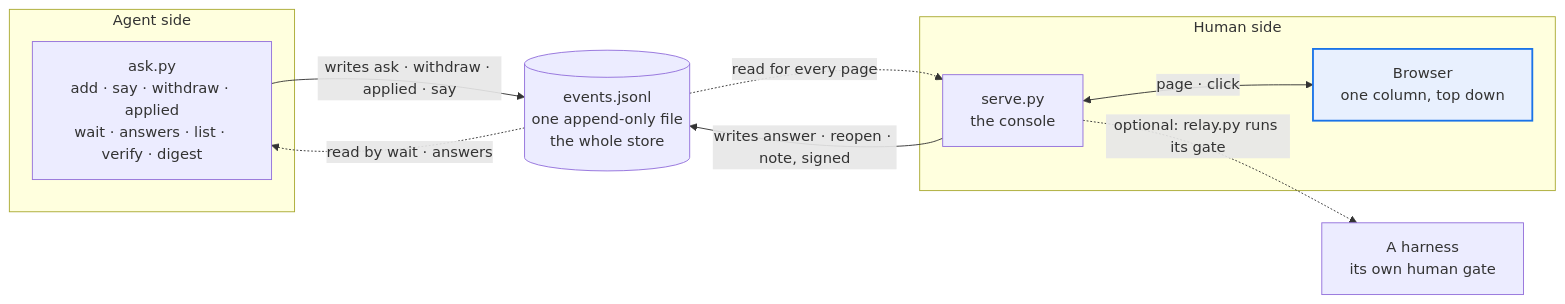
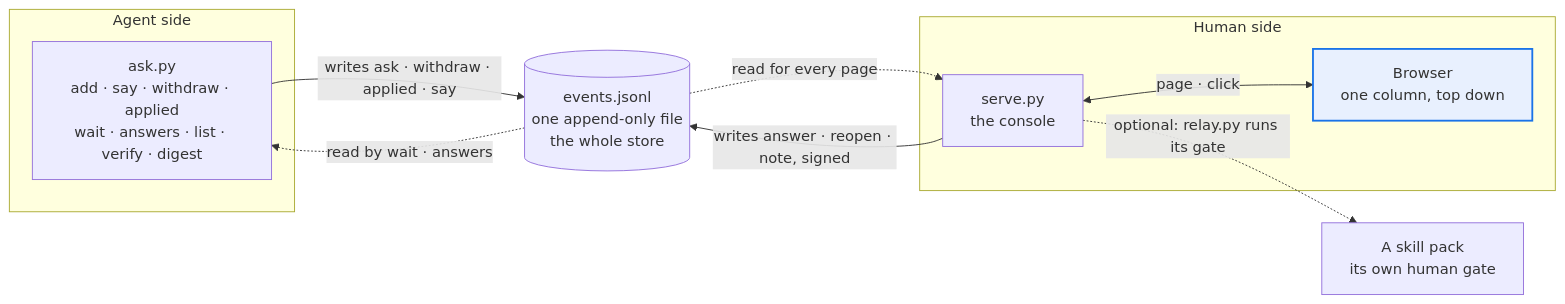
One commit to thaddeus-builds/skill-pack-playbook changed the first of 4 diagrams in console/README.md. Above: the diagram before and after it, drawn with Mermaid. The commit also changed other lines of this file and 303 other files, not shown here.

First line of the commit message:
Rename the noun harness to skill pack across the playbook

````diff
--- a/console/README.md
+++ b/console/README.md
@@ -5,19 +5,19 @@
 ```mermaid
 flowchart LR
     subgraph AGENT["Agent side"]
       AG["ask.py<br/>add · say · withdraw · applied<br/>wait · answers · list · verify · digest"]
     end
     LOG[("events.jsonl<br/>one append-only file<br/>the whole store")]
     subgraph HUMAN["Human side"]
       CON["serve.py<br/>the console"]
       BR["Browser<br/>one column, top down"]:::owner
       CON <-->|"page · click"| BR
     end
-    GATE["A harness<br/>its own human gate"]
+    GATE["A skill pack<br/>its own human gate"]
     AG -->|"writes ask · withdraw · applied · say"| LOG
     LOG -. "read by wait · answers" .-> AG
     CON -->|"writes answer · reopen · note, signed"| LOG
     LOG -. "read for every page" .-> CON
     CON -. "optional: relay.py runs its gate" .-> GATE
     classDef owner fill:#e8f0fe,stroke:#1a73e8,stroke-width:2px
 ```
````
